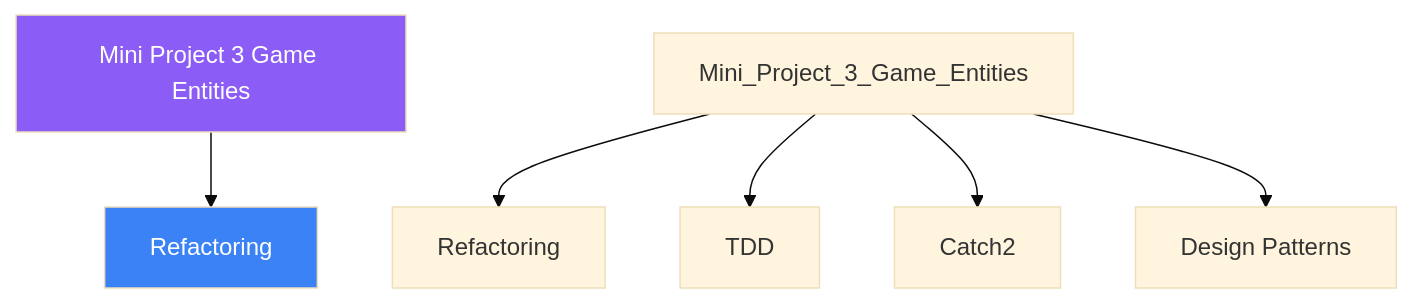
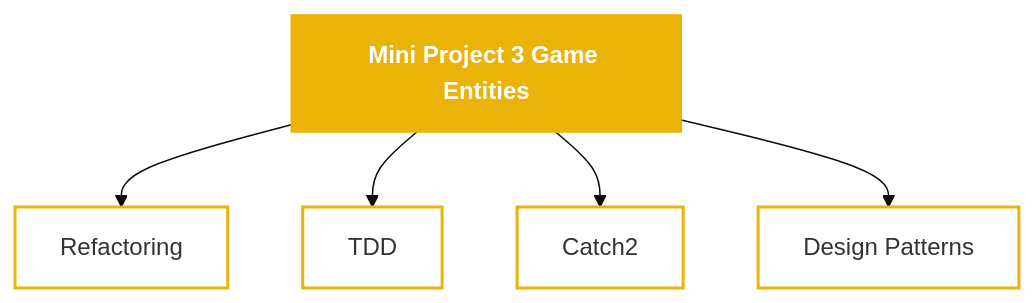
One commit to AI-Maddy/Learn-Modern-CPP-OOP-30-Days changed the diagram in mkdocs-site/docs/days/day-26/02-definition.md. Above: the diagram before and after it, drawn with Mermaid (base theme). The commit also changed 99 other files, not shown here.

````diff
--- a/mkdocs-site/docs/days/day-26/02-definition.md
+++ b/mkdocs-site/docs/days/day-26/02-definition.md
@@ -140,10 +140,12 @@
 ```mermaid
 graph TD
-    ROOT["Mini Project 3 Game Entities"] --> A["Refactoring"]
-    Mini_Project_3_Game_Entities --> Refactoring["Refactoring"]
-    Mini_Project_3_Game_Entities --> TDD["TDD"]
-    Mini_Project_3_Game_Entities --> Catch2["Catch2"]
-    Mini_Project_3_Game_Entities --> Design_Patterns["Design Patterns"]
-    style ROOT fill:#8b5cf6,color:#fff
-    style A    fill:#3b82f6,color:#fff
+    ROOT["Mini Project 3 Game Entities"]
+    ROOT --> n0["Refactoring"]
+    ROOT --> n1["TDD"]
+    ROOT --> n2["Catch2"]
+    ROOT --> n3["Design Patterns"]
+    classDef topic fill:#eab308,stroke:#eab308,color:#ffffff,font-weight:bold
+    classDef concept fill:transparent,stroke:#eab308,stroke-width:2px
+    class ROOT topic
+    class n0,n1,n2,n3 concept
 ```
````
